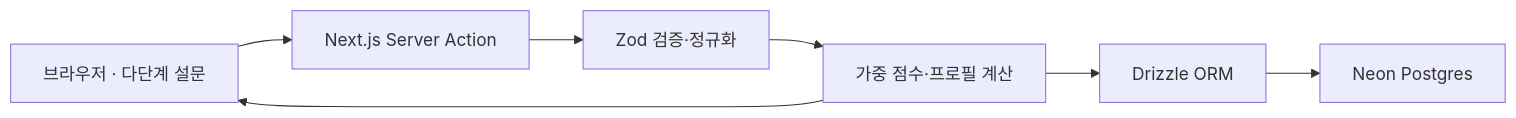
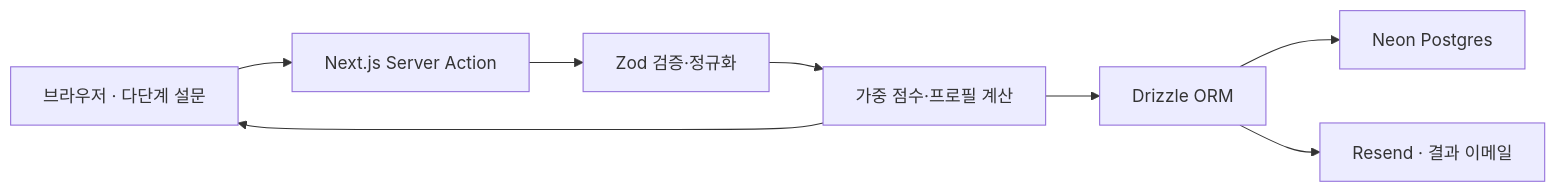
One commit to ilhoko-dreamlabs/net-hbkr-survey-system changed the diagram in README.md. Above: the diagram before and after it, drawn with Mermaid. The commit also changed other lines of this file and 12 other files, not shown here.

````diff
--- a/README.md
+++ b/README.md
@@ -7,9 +7,10 @@
 ```mermaid
 flowchart LR
   U["브라우저 · 다단계 설문"] --> A["Next.js Server Action"]
   A --> V["Zod 검증·정규화"]
   V --> S["가중 점수·프로필 계산"]
   S --> D["Drizzle ORM"]
   D --> N["Neon Postgres"]
+  D --> E["Resend · 결과 이메일"]
   S --> U
 ```
````
